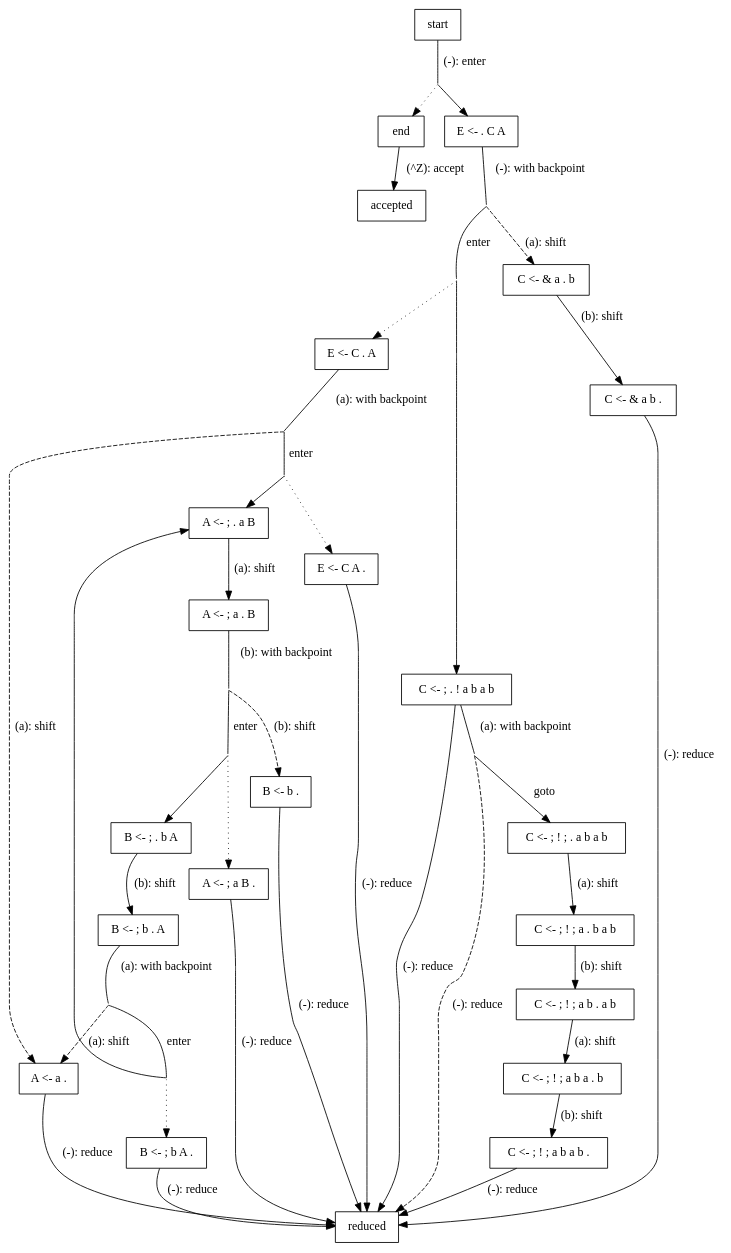
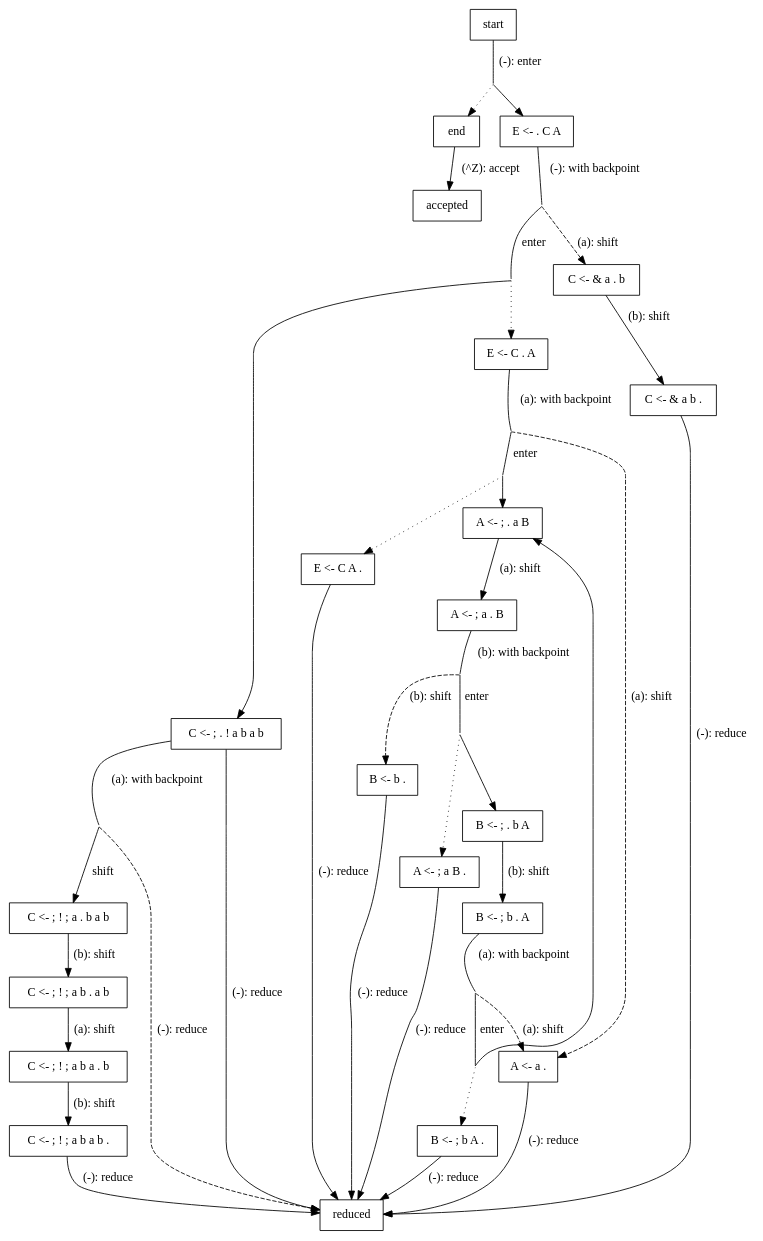
One commit to mizunashi-mana/proglang-notes changed the diagram in asset/implementation-note-of-peg-parser/sample-grammar-optimized.dot. Above: the diagram before and after it, drawn with Graphviz. The commit also changed 1 other file, not shown here.

```diff
--- a/asset/implementation-note-of-peg-parser/sample-grammar-optimized.dot
+++ b/asset/implementation-note-of-peg-parser/sample-grammar-optimized.dot
@@ -92,21 +92,13 @@
     height = 0
   ];
 
-  node3_joint -> node3 [
-    label = "goto"
+  node3_joint -> node4 [
+    label = "shift"
   ];
 
   node3_joint -> reduced [
     label = "(-): reduce",
     style = "dashed"
-  ];
-
-  node3 [
-    label = "C <- ; ! ; . a b a b"
-  ];
-
-  node3 -> node4 [
-    label = "(a): shift"
   ];
 
   node4 [
```
